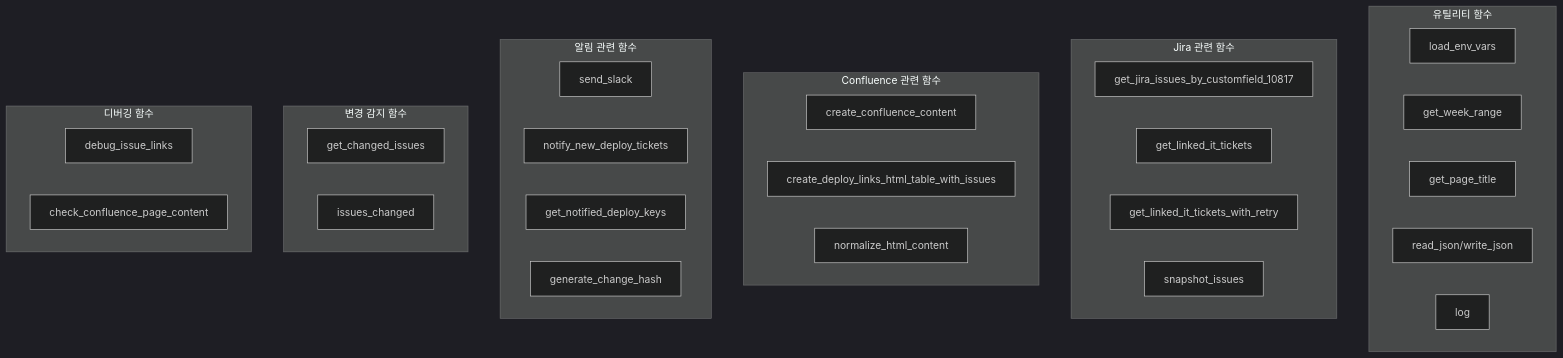
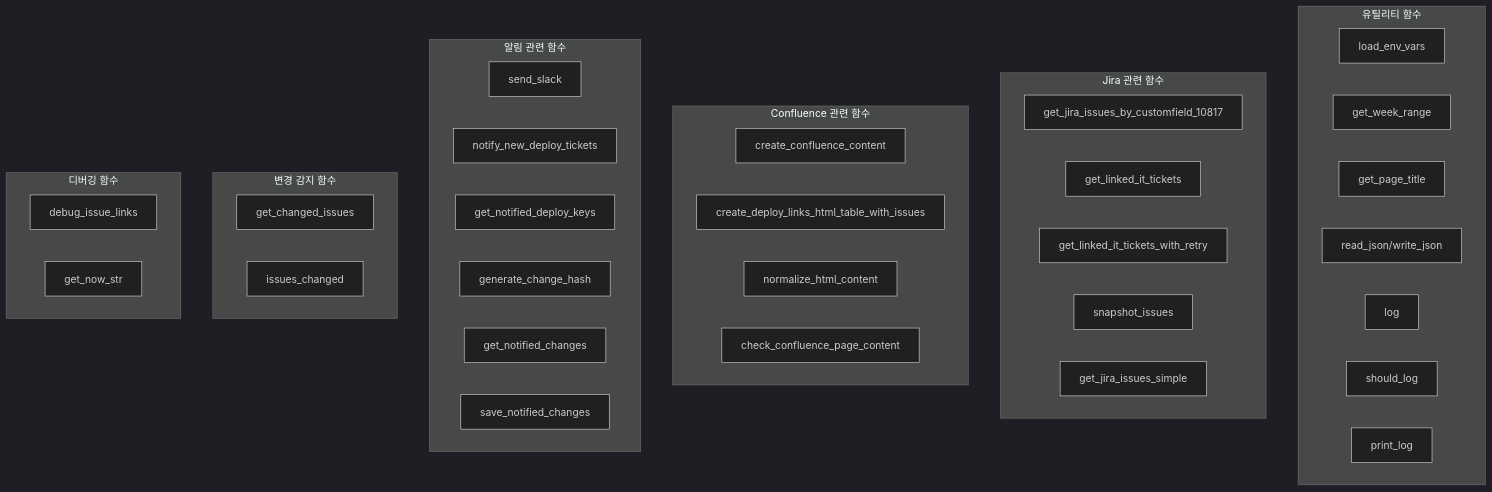
One commit to Opti-kjh/weekly-deploy-reporter changed the tenth of 16 diagrams in create_weekly_report_process_diagram.md. Above: the diagram before and after it, drawn with Mermaid (dark theme). The commit also changed other lines of this file and 7 other files, not shown here.

````diff
--- a/create_weekly_report_process_diagram.md
+++ b/create_weekly_report_process_diagram.md
@@ -200,40 +252,46 @@
 ```mermaid
 graph TB
     subgraph "유틸리티 함수"
         A1[load_env_vars]
         A2[get_week_range]
         A3[get_page_title]
         A4[read_json/write_json]
         A5[log]
+        A6[should_log]
+        A7[print_log]
     end
     
     subgraph "Jira 관련 함수"
         B1[get_jira_issues_by_customfield_10817]
         B2[get_linked_it_tickets]
         B3[get_linked_it_tickets_with_retry]
         B4[snapshot_issues]
+        B5[get_jira_issues_simple]
     end
     
     subgraph "Confluence 관련 함수"
         C1[create_confluence_content]
         C2[create_deploy_links_html_table_with_issues]
         C3[normalize_html_content]
+        C4[check_confluence_page_content]
     end
     
     subgraph "알림 관련 함수"
         D1[send_slack]
         D2[notify_new_deploy_tickets]
         D3[get_notified_deploy_keys]
         D4[generate_change_hash]
+        D5[get_notified_changes]
+        D6[save_notified_changes]
     end
     
     subgraph "변경 감지 함수"
         E1[get_changed_issues]
         E2[issues_changed]
     end
     
     subgraph "디버깅 함수"
         F1[debug_issue_links]
-        F2[check_confluence_page_content]
+        F2[get_now_str]
     end
 ```
````
